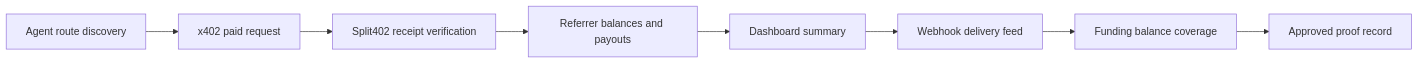
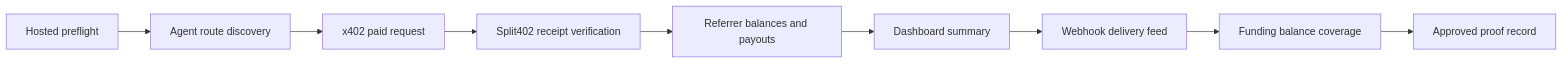
The diagram in docs/runbooks/phase7-staging-proof.md (split402protocol/splitx402), drawn with Mermaid before and after one commit. The commit also changed other lines of this file and 11 other files, not shown here.

Commit message:
Require Phase 7 hosted preflight proof

````diff
--- a/docs/runbooks/phase7-staging-proof.md
+++ b/docs/runbooks/phase7-staging-proof.md
@@ -53,19 +53,21 @@
 ```mermaid
 flowchart LR
+  Preflight["Hosted preflight"]
   Discovery["Agent route discovery"]
   Payment["x402 paid request"]
   Receipt["Split402 receipt verification"]
   Earnings["Referrer balances and payouts"]
   Dashboard["Dashboard summary"]
   Webhooks["Webhook delivery feed"]
   Funding["Funding balance coverage"]
   Approval["Approved proof record"]
 
+  Preflight --> Discovery
   Discovery --> Payment
   Payment --> Receipt
   Receipt --> Earnings
   Earnings --> Dashboard
   Dashboard --> Webhooks
   Webhooks --> Funding
   Funding --> Approval
 ```
````
